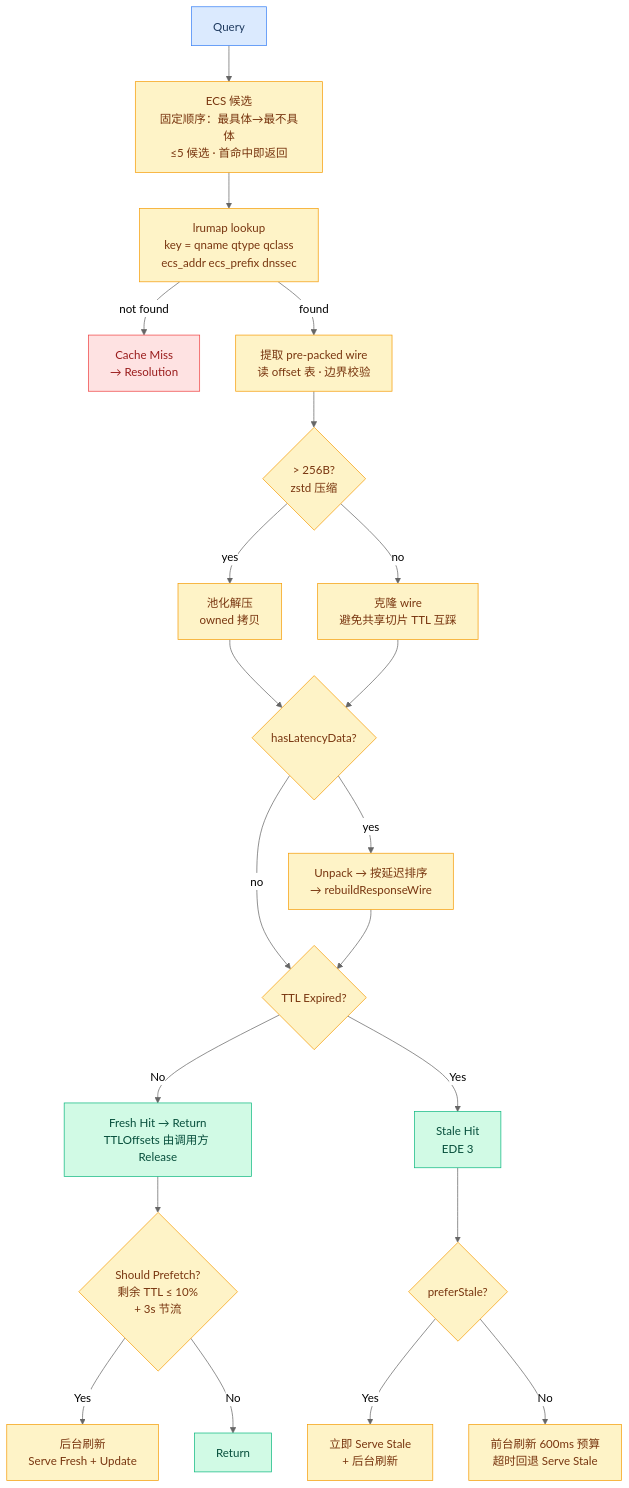
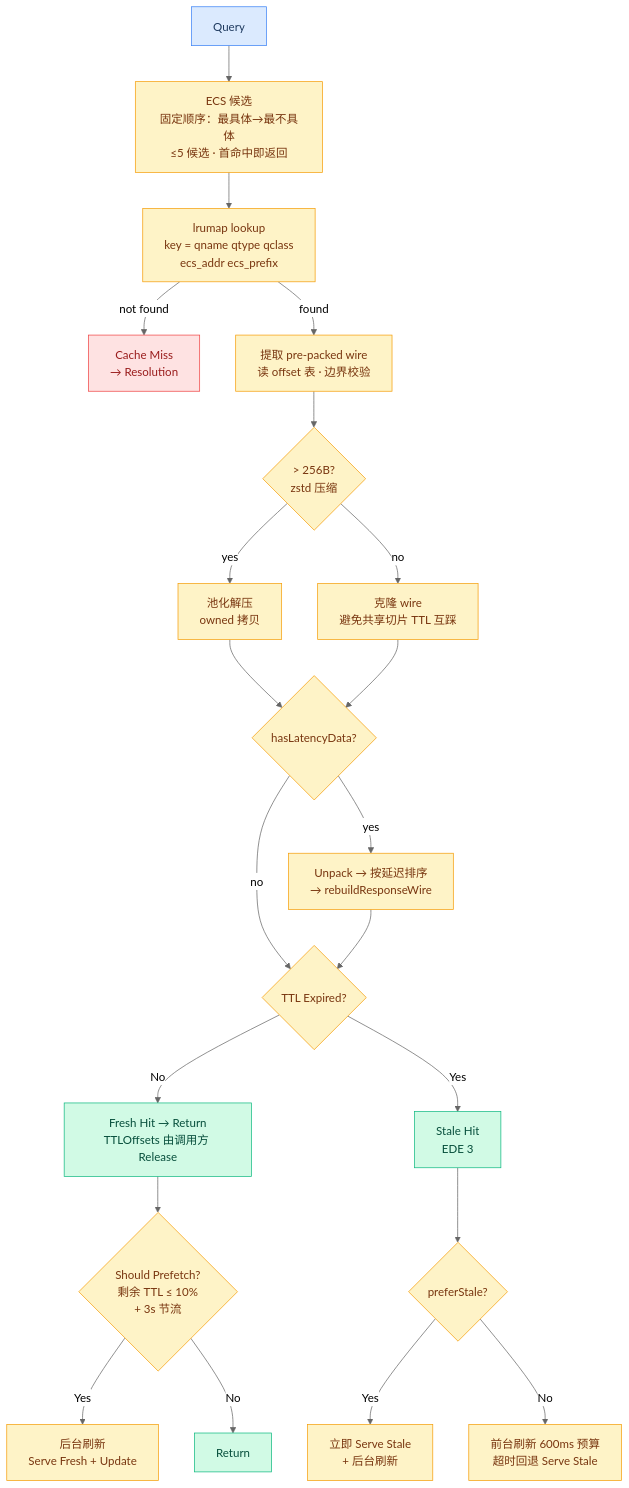
Diagram 11 of 36 in docs/FLOWCHARTS.md (hezhijie0327/ZJDNS), drawn with Mermaid (neutral theme) before and after one commit. The commit also changed other lines of this file and 8 other files, not shown here.

````diff
--- a/docs/FLOWCHARTS.md
+++ b/docs/FLOWCHARTS.md
@@ -233,31 +251,31 @@
 ```mermaid
 graph TD
     Q[Query] --> ECS[ECS 候选<br/>固定顺序：最具体→最不具体<br/>≤5 候选 · 首命中即返回]
-    ECS --> SQL[lrumap lookup<br/>key = qname qtype qclass<br/>ecs_addr ecs_prefix dnssec]
+    ECS --> SQL[lrumap lookup<br/>key = qname qtype qclass<br/>ecs_addr ecs_prefix]
     SQL -->|not found| MISS[Cache Miss<br/>→ Resolution]
     SQL -->|found| WIRE[提取 pre-packed wire<br/>读 offset 表 · 边界校验]
     WIRE --> ZSTD{"> 256B?<br/>zstd 压缩"}
     ZSTD -->|yes| DECOMP[池化解压<br/>owned 拷贝]
     ZSTD -->|no| CLONE[克隆 wire<br/>避免共享切片 TTL 互踩]
     DECOMP --> LAT{hasLatencyData?}
     CLONE --> LAT
     LAT -->|yes| UNPACK[Unpack → 按延迟排序<br/>→ rebuildResponseWire]
     LAT -->|no| FRESH{TTL Expired?}
     UNPACK --> FRESH
     FRESH -->|No| HIT[Fresh Hit → Return<br/>TTLOffsets 由调用方 Release]
     FRESH -->|Yes| STALE[Stale Hit<br/>EDE 3]
     HIT --> PF{Should Prefetch?<br/>剩余 TTL ≤ 10%<br/>+ 3s 节流}
     PF -->|Yes| BG[后台刷新<br/>Serve Fresh + Update]
     PF -->|No| RETURN[Return]
     STALE --> PREFER{preferStale?}
     PREFER -->|Yes| STALEBG[立即 Serve Stale<br/>+ 后台刷新]
     PREFER -->|No| FGBG[前台刷新 600ms 预算<br/>超时回退 Serve Stale]
     classDef start fill:#dbeafe,stroke:#3b82f6,color:#1e3a5f
     classDef proc fill:#fef3c7,stroke:#f59e0b,color:#78350f
     classDef hit fill:#d1fae5,stroke:#10b981,color:#064e3b
     classDef miss fill:#fee2e2,stroke:#ef4444,color:#991b1b
     class Q start
     class ECS,SQL,WIRE,ZSTD,DECOMP,CLONE,LAT,UNPACK,FRESH,PF,BG,PREFER,STALEBG,FGBG proc
     class HIT,STALE,RETURN hit
     class MISS miss
 ```
````
